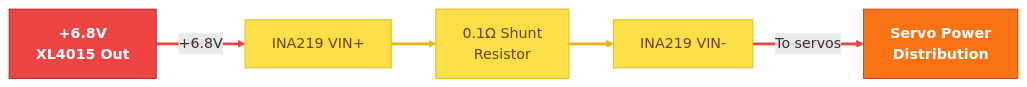
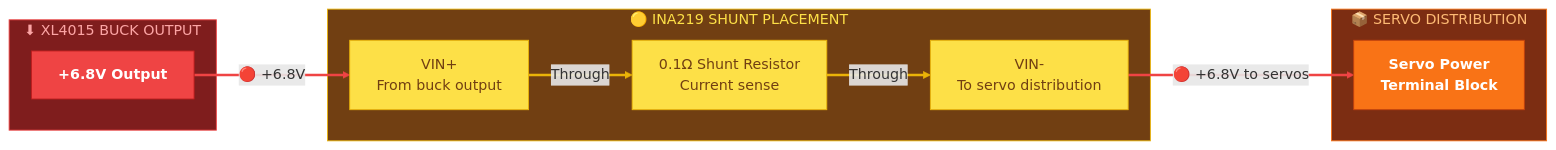
Before and after one commit to Major-Project-001/VIGIL-RQ: the eighth of 9 diagrams in control/docs/wiring_diagram.md, drawn with Mermaid. The commit also changed other lines of this file, not shown here.

Commit message:
docs: Final wiring diagram — full detail + color-coded linkStyle on every line

````diff
--- a/control/docs/wiring_diagram.md
+++ b/control/docs/wiring_diagram.md
@@ -587,22 +705,35 @@
 ```mermaid
 graph LR
     classDef power fill:#ef4444,stroke:#b91c1c,color:#fff,font-weight:bold
     classDef inaPin fill:#fde047,stroke:#eab308,color:#713f12
     classDef servo fill:#f97316,stroke:#c2410c,color:#fff,font-weight:bold
 
-    BUCK["+6.8V<br/>XL4015 Out"]:::power
-    VIN_P["INA219 VIN+"]:::inaPin
-    SHUNT["0.1Ω Shunt<br/>Resistor"]:::inaPin
-    VIN_N["INA219 VIN-"]:::inaPin
-    DIST["Servo Power<br/>Distribution"]:::servo
+    subgraph XL4015["⬇ XL4015 BUCK OUTPUT"]
+        BUCK_OUT["+6.8V Output"]:::power
+    end
 
-    BUCK -->|"+6.8V"| VIN_P
-    VIN_P --> SHUNT
-    SHUNT --> VIN_N
-    VIN_N -->|"To servos"| DIST
+    subgraph INA_SENSE["🟡 INA219 SHUNT PLACEMENT"]
+        INA_VINP["VIN+<br/>From buck output"]:::inaPin
+        SHUNT["0.1Ω Shunt Resistor<br/>Current sense"]:::inaPin
+        INA_VINN["VIN-<br/>To servo distribution"]:::inaPin
+    end
+
+    subgraph DIST["📦 SERVO DISTRIBUTION"]
+        SERVO_DIST["Servo Power<br/>Terminal Block"]:::servo
+    end
+
+    %% Shunt path (links 0-3)
+    BUCK_OUT ==>|"🔴 +6.8V"| INA_VINP
+    INA_VINP -->|"Through"| SHUNT
+    SHUNT -->|"Through"| INA_VINN
+    INA_VINN ==>|"🔴 +6.8V to servos"| SERVO_DIST
 
     linkStyle 0 stroke:#ef4444,stroke-width:3px
     linkStyle 1 stroke:#eab308,stroke-width:3px
     linkStyle 2 stroke:#eab308,stroke-width:3px
     linkStyle 3 stroke:#ef4444,stroke-width:3px
+
+    style XL4015 fill:#7f1d1d,stroke:#ef4444,color:#fca5a5
+    style INA_SENSE fill:#713f12,stroke:#eab308,color:#fde047
+    style DIST fill:#7c2d12,stroke:#f97316,color:#fdba74
 ```
````
